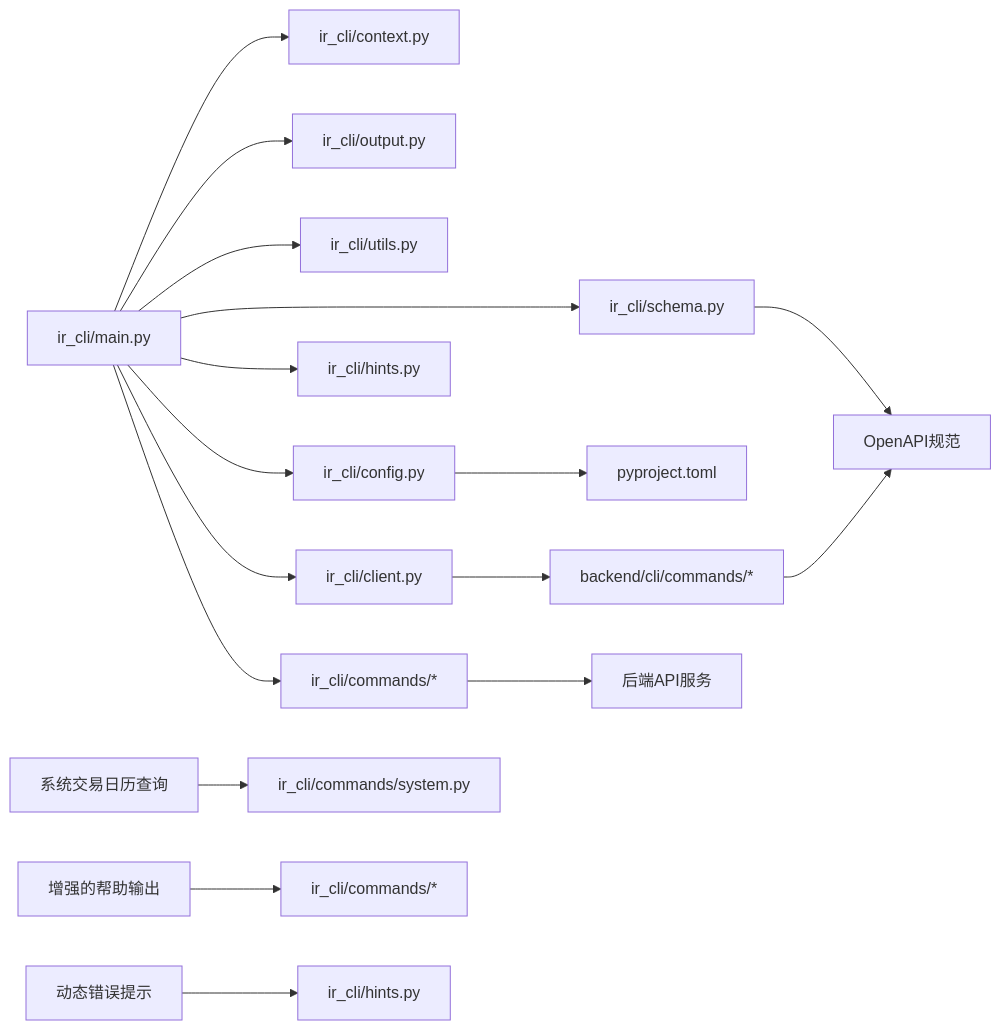
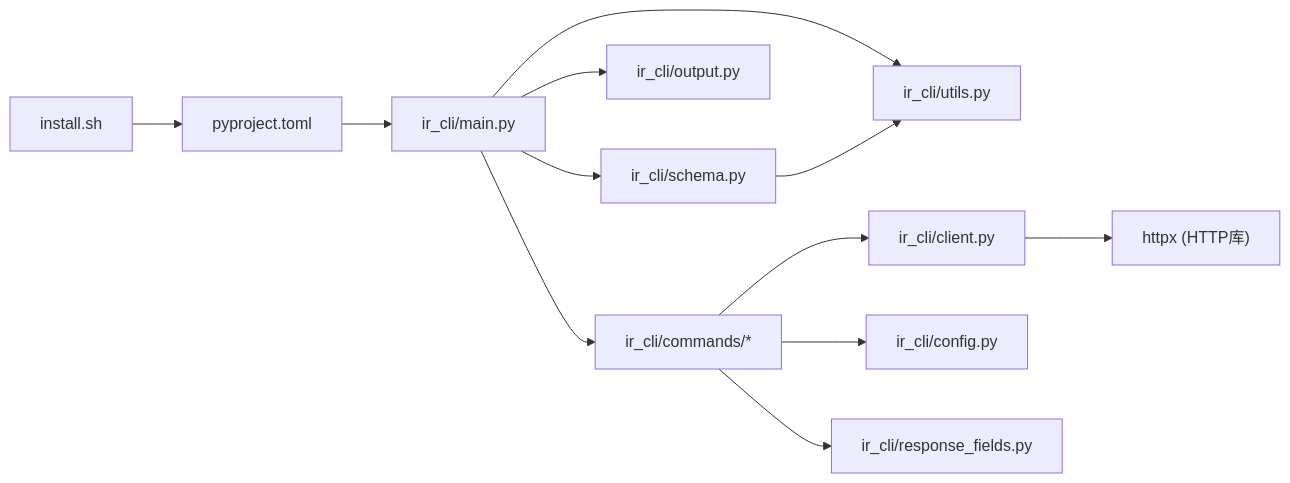
One commit to gujialind/InvestRing changed the fifth of 5 diagrams in .qoder/repowiki/zh/content/开发指南/InvestRing Admin CLI 工具.md. Above: the diagram before and after it, drawn with Mermaid. The commit also changed other lines of this file and 65 other files, not shown here.

````diff
--- a/.qoder/repowiki/zh/content/开发指南/InvestRing Admin CLI 工具.md
+++ b/.qoder/repowiki/zh/content/开发指南/InvestRing Admin CLI 工具.md
@@ -235,19 +283,14 @@
 ```mermaid
 graph LR
-Main["ir_cli/main.py"] --> Ctx["ir_cli/context.py"]
-Main --> Out["ir_cli/output.py"]
+Main["ir_cli/main.py"] --> Schema["ir_cli/schema.py"]
+Main --> Output["ir_cli/output.py"]
 Main --> Utils["ir_cli/utils.py"]
-Main --> Schema["ir_cli/schema.py"]
-Main --> Hints["ir_cli/hints.py"]
-Main --> Config["ir_cli/config.py"]
-Main --> Client["ir_cli/client.py"]
-Main --> Cmds["ir_cli/commands/*"]
-Cmds --> Services["后端API服务"]
-Client --> BackendCLI["backend/cli/commands/*"]
-BackendCLI --> API["OpenAPI规范"]
-Config --> PyProj["pyproject.toml"]
-Schema --> API
-SystemTradingDay["系统交易日历查询"] --> system["ir_cli/commands/system.py"]
-EnhancedHelp["增强的帮助输出"] --> commands["ir_cli/commands/*"]
-DynamicHints["动态错误提示"] --> hints["ir_cli/hints.py"]
+Main --> Commands["ir_cli/commands/*"]
+Commands --> Client["ir_cli/client.py"]
+Commands --> Config["ir_cli/config.py"]
+Commands --> ResponseFields["ir_cli/response_fields.py"]
+Client --> HTTPX["httpx (HTTP库)"]
+PyProj["pyproject.toml"] --> Main
+Schema --> Utils
+Install["install.sh"] --> PyProj
 ```
````
